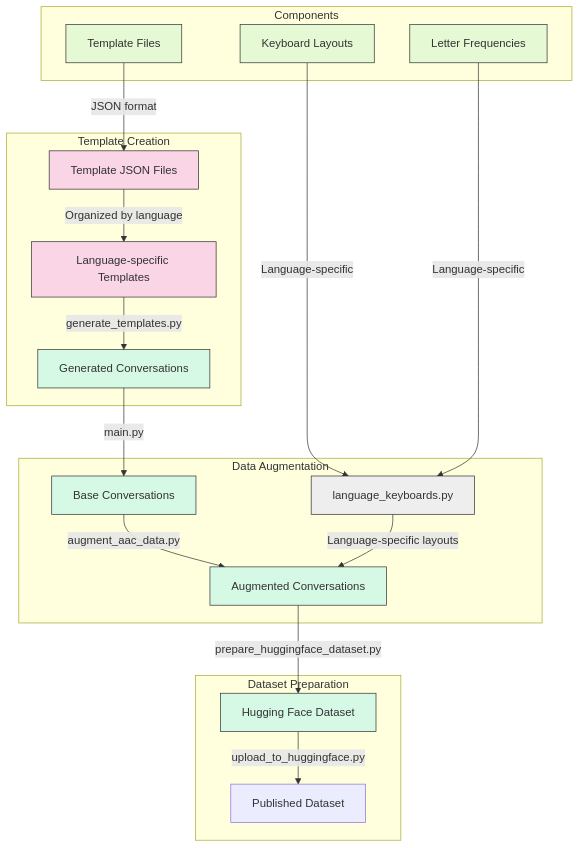
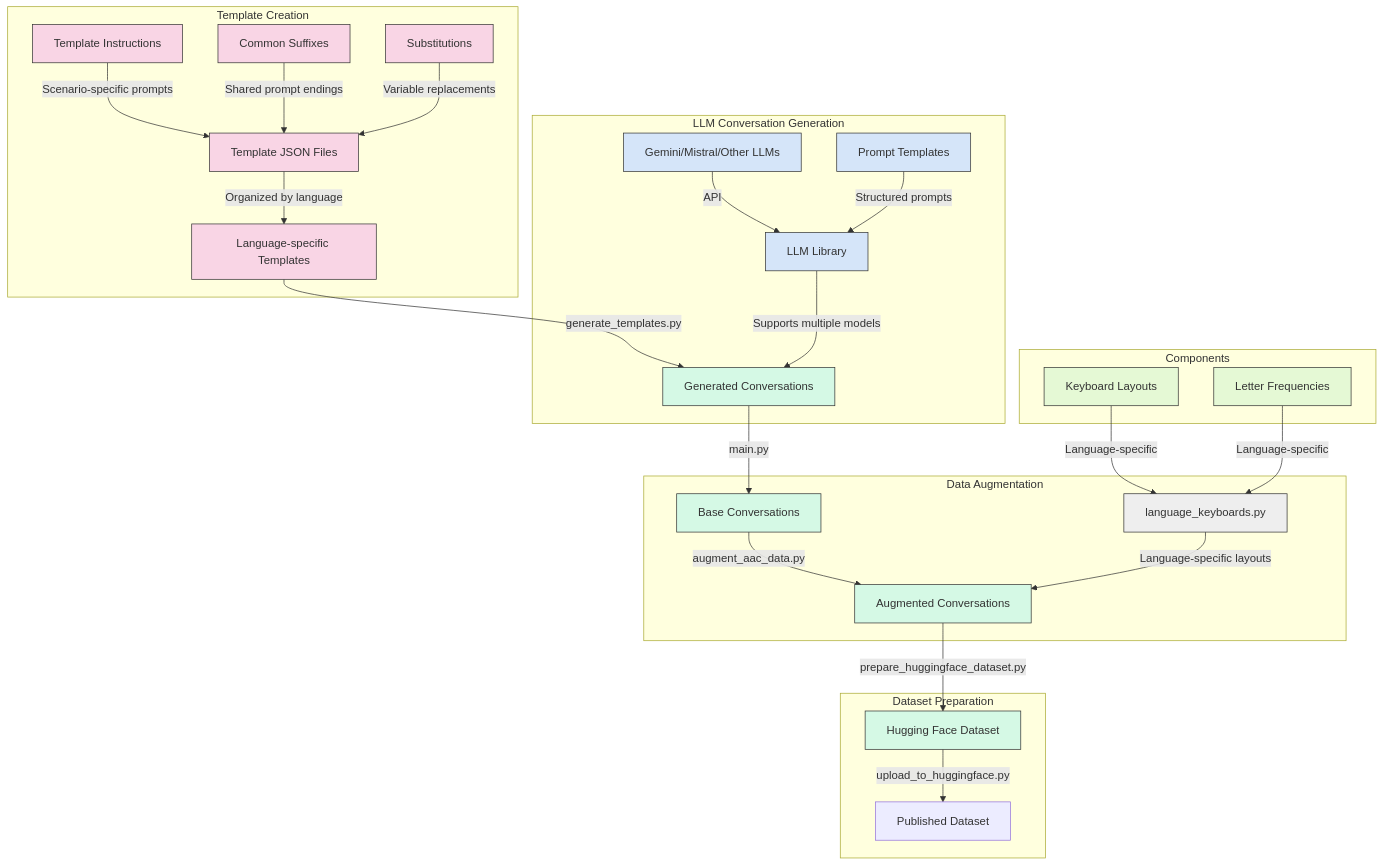
One commit to willwade/AACDataSet changed the diagram in README.md. Above: the diagram before and after it, drawn with Mermaid. The commit also changed other lines of this file, not shown here.

Commit message:
improving chart

````diff
--- a/README.md
+++ b/README.md
@@ -203,34 +203,44 @@
 ```mermaid
 graph TD
     subgraph "Template Creation"
         A[Template JSON Files] -->|Organized by language| B[Language-specific Templates]
+        T1[Template Instructions] -->|Scenario-specific prompts| A
+        T2[Common Suffixes] -->|Shared prompt endings| A
+        T3[Substitutions] -->|Variable replacements| A
+    end
+
+    subgraph "LLM Conversation Generation"
         B -->|generate_templates.py| C[Generated Conversations]
+        L[LLM Library] -->|Supports multiple models| C
+        M[Gemini/Mistral/Other LLMs] -->|API| L
+        N[Prompt Templates] -->|Structured prompts| L
     end
 
     subgraph "Data Augmentation"
         C -->|main.py| D[Base Conversations]
         D -->|augment_aac_data.py| E[Augmented Conversations]
         F[language_keyboards.py] -->|Language-specific layouts| E
     end
 
     subgraph "Dataset Preparation"
         E -->|prepare_huggingface_dataset.py| G[Hugging Face Dataset]
         G -->|upload_to_huggingface.py| H[Published Dataset]
     end
 
     subgraph "Components"
-        I[Template Files] -->|JSON format| A
         J[Keyboard Layouts] -->|Language-specific| F
         K[Letter Frequencies] -->|Language-specific| F
     end
 
     classDef templates fill:#f9d5e5,stroke:#333,stroke-width:1px;
     classDef processing fill:#eeeeee,stroke:#333,stroke-width:1px;
     classDef data fill:#d5f9e5,stroke:#333,stroke-width:1px;
     classDef components fill:#e5f9d5,stroke:#333,stroke-width:1px;
+    classDef llm fill:#d5e5f9,stroke:#333,stroke-width:1px;
 
-    class A,B templates;
+    class A,B,T1,T2,T3 templates;
     class C,D,E,G data;
-    class I,J,K components;
+    class J,K components;
     class F processing;
+    class L,M,N llm;
 ```
````
